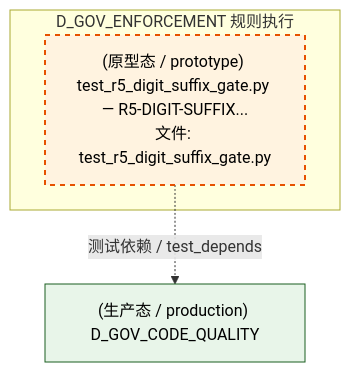
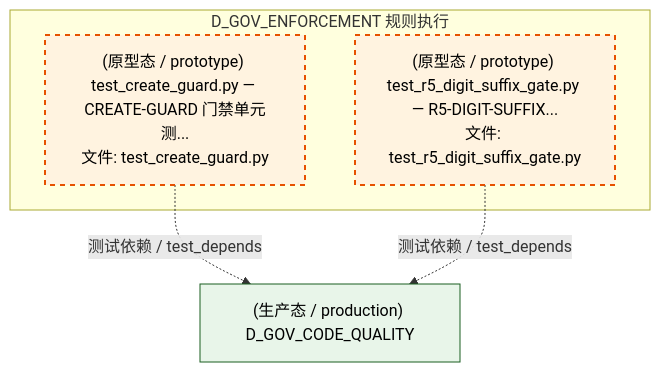
Before and after one commit to xuanFelixVan/ZephyrAlpha: the second of 5 diagrams in docs/02_enterprise_architecture/02_domain_architecture_docs/42_d_gov_enforcement.md, drawn with Mermaid. The commit also changed other lines of this file and 98 other files, not shown here.

````diff
--- a/docs/02_enterprise_architecture/02_domain_architecture_docs/42_d_gov_enforcement.md
+++ b/docs/02_enterprise_architecture/02_domain_architecture_docs/42_d_gov_enforcement.md
@@ -285,14 +286,16 @@
 ```mermaid
 graph TD
     subgraph D_GOV_ENFORCEMENT["D_GOV_ENFORCEMENT 规则执行"]
+        tests_governance_commit_gates_test_create_guard_py["(原型态 / prototype) test_create_guard.py — CREATE-GUARD 门禁单元测...<br/>文件: test_create_guard.py"]
         tests_governance_commit_gates_test_r5_digit_suffix_gate_py["(原型态 / prototype) test_r5_digit_suffix_gate.py — R5-DIGIT-SUFFIX...<br/>文件: test_r5_digit_suffix_gate.py"]
     end
     D_GOV_CODE_QUALITY["(生产态 / production) D_GOV_CODE_QUALITY"]
+    tests_governance_commit_gates_test_create_guard_py -.->|测试依赖 / test_depends| D_GOV_CODE_QUALITY
     tests_governance_commit_gates_test_r5_digit_suffix_gate_py -.->|测试依赖 / test_depends| D_GOV_CODE_QUALITY
     classDef production fill:#e1f5fe,stroke:#01579b,stroke-width:2px,color:#000
     classDef design fill:#fff3e0,stroke:#e65100,stroke-width:2px,color:#000,stroke-dasharray: 5 5
     classDef external_prod fill:#e8f5e9,stroke:#1b5e20,stroke-width:1px,color:#000
     classDef external_design fill:#fce4ec,stroke:#880e4f,stroke-width:1px,color:#000,stroke-dasharray: 5 5
-    class tests_governance_commit_gates_test_r5_digit_suffix_gate_py design
+    class tests_governance_commit_gates_test_create_guard_py,tests_governance_commit_gates_test_r5_digit_suffix_gate_py design
     class D_GOV_CODE_QUALITY external_prod
 ```
````
